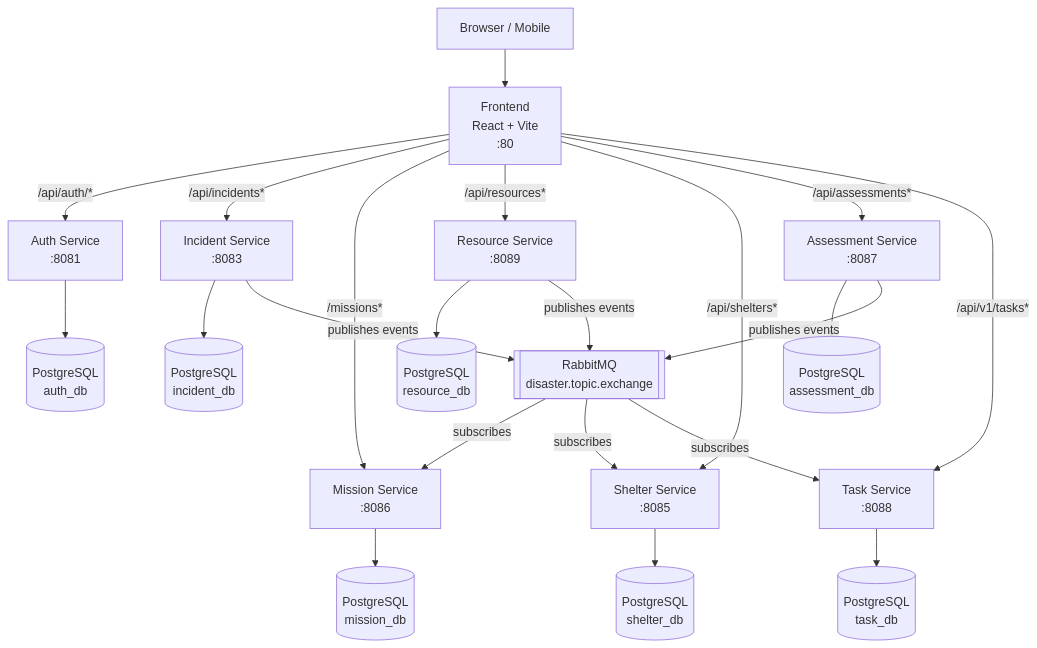
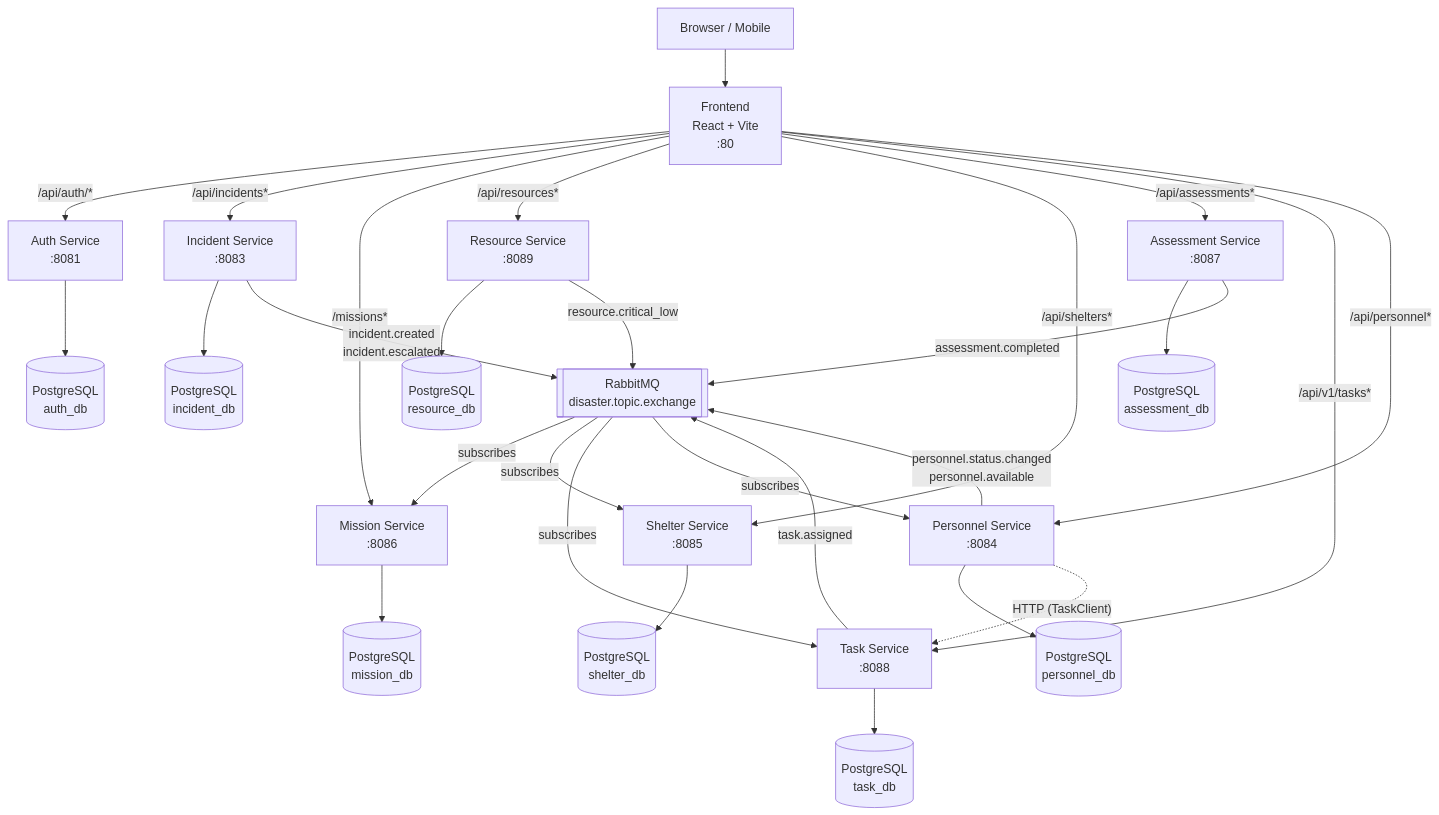
The first of 2 diagrams in README.md (Adhishtanaka/DISA-MICROSERVICE), drawn with Mermaid before and after one commit. The commit also changed other lines of this file, not shown here.

````diff
--- a/README.md
+++ b/README.md
@@ -20,30 +20,38 @@
 ```mermaid
 graph TD
     Browser["Browser / Mobile"]
     FE["Frontend\nReact + Vite\n:80"]
 
     Browser --> FE
 
     FE -->|"/api/auth/*"| AUTH["Auth Service\n:8081"]
     FE -->|"/api/incidents*"| INC["Incident Service\n:8083"]
     FE -->|"/missions*"| MIS["Mission Service\n:8086"]
     FE -->|"/api/resources*"| RES["Resource Service\n:8089"]
     FE -->|"/api/shelters*"| SHE["Shelter Service\n:8085"]
     FE -->|"/api/assessments*"| ASS["Assessment Service\n:8087"]
     FE -->|"/api/v1/tasks*"| TSK["Task Service\n:8088"]
+    FE -->|"/api/personnel*"| PER["Personnel Service\n:8084"]
 
     AUTH --> PG[("PostgreSQL\nauth_db")]
     INC --> PG2[("PostgreSQL\nincident_db")]
     MIS --> PG3[("PostgreSQL\nmission_db")]
     RES --> PG4[("PostgreSQL\nresource_db")]
     SHE --> PG5[("PostgreSQL\nshelter_db")]
     ASS --> PG6[("PostgreSQL\nassessment_db")]
     TSK --> PG7[("PostgreSQL\ntask_db")]
+    PER --> PG8[("PostgreSQL\npersonnel_db")]
 
-    INC -->|"publishes events"| RMQ[["RabbitMQ\ndisaster.topic.exchange"]]
-    RES -->|"publishes events"| RMQ
-    ASS -->|"publishes events"| RMQ
+    INC -->|"incident.created\nincident.escalated"| RMQ[["RabbitMQ\ndisaster.topic.exchange"]]
+    RES -->|"resource.critical_low"| RMQ
+    ASS -->|"assessment.completed"| RMQ
+    TSK -->|"task.assigned"| RMQ
+    PER -->|"personnel.status.changed\npersonnel.available"| RMQ
+
     RMQ -->|"subscribes"| MIS
     RMQ -->|"subscribes"| SHE
     RMQ -->|"subscribes"| TSK
+    RMQ -->|"subscribes"| PER
+
+    PER -.->|"HTTP (TaskClient)"| TSK
 ```
````
